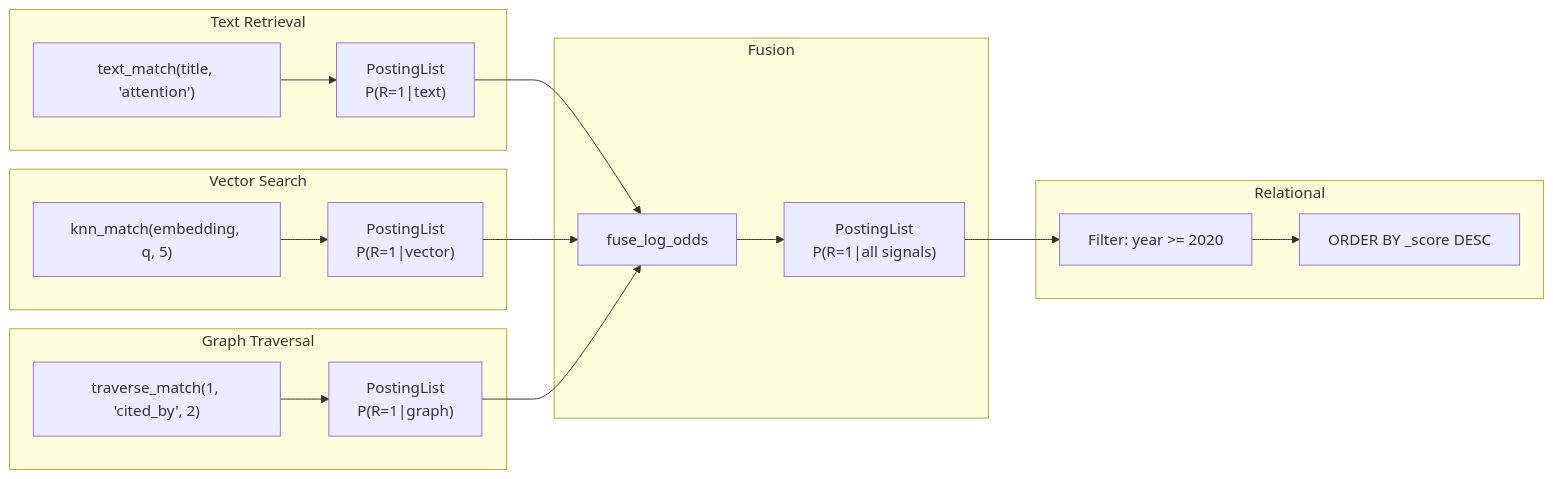
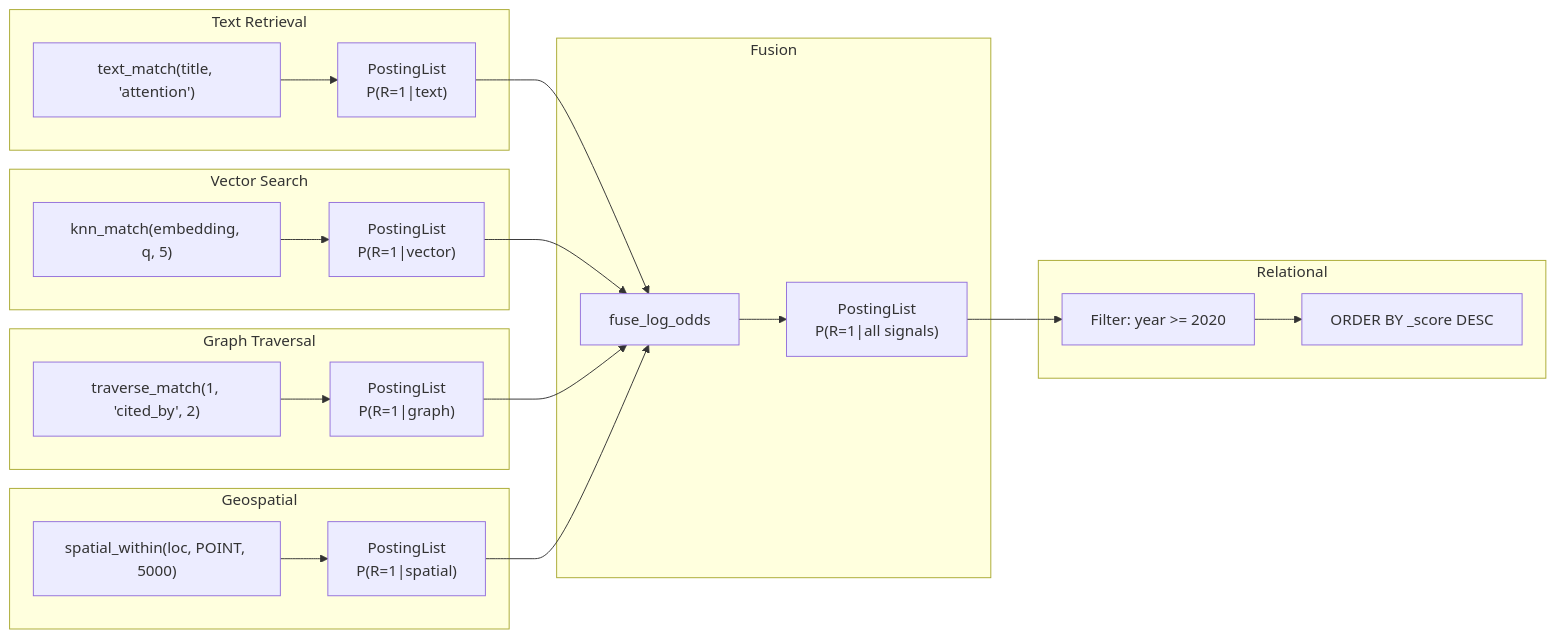
One commit to cognica-io/uqa changed the fourth of 4 diagrams in docs/references/technical-overview.md. Above: the diagram before and after it, drawn with Mermaid. The commit also changed other lines of this file and 14 other files, not shown here.

````diff
--- a/docs/references/technical-overview.md
+++ b/docs/references/technical-overview.md
@@ -530,22 +534,26 @@
 ```mermaid
 flowchart LR
     subgraph "Text Retrieval"
         TM["text_match(title, 'attention')"] --> PL1["PostingList<br/>P(R=1|text)"]
     end
     subgraph "Vector Search"
         KNN["knn_match(embedding, q, 5)"] --> PL2["PostingList<br/>P(R=1|vector)"]
     end
     subgraph "Graph Traversal"
         TR["traverse_match(1, 'cited_by', 2)"] --> PL3["PostingList<br/>P(R=1|graph)"]
     end
+    subgraph "Geospatial"
+        SP["spatial_within(loc, POINT, 5000)"] --> PL4["PostingList<br/>P(R=1|spatial)"]
+    end
     subgraph "Fusion"
         PL1 --> LO["fuse_log_odds"]
         PL2 --> LO
         PL3 --> LO
+        PL4 --> LO
         LO --> PLF["PostingList<br/>P(R=1|all signals)"]
     end
     subgraph "Relational"
         PLF --> FIL["Filter: year >= 2020"]
         FIL --> SORT["ORDER BY _score DESC"]
     end
 ```
````
